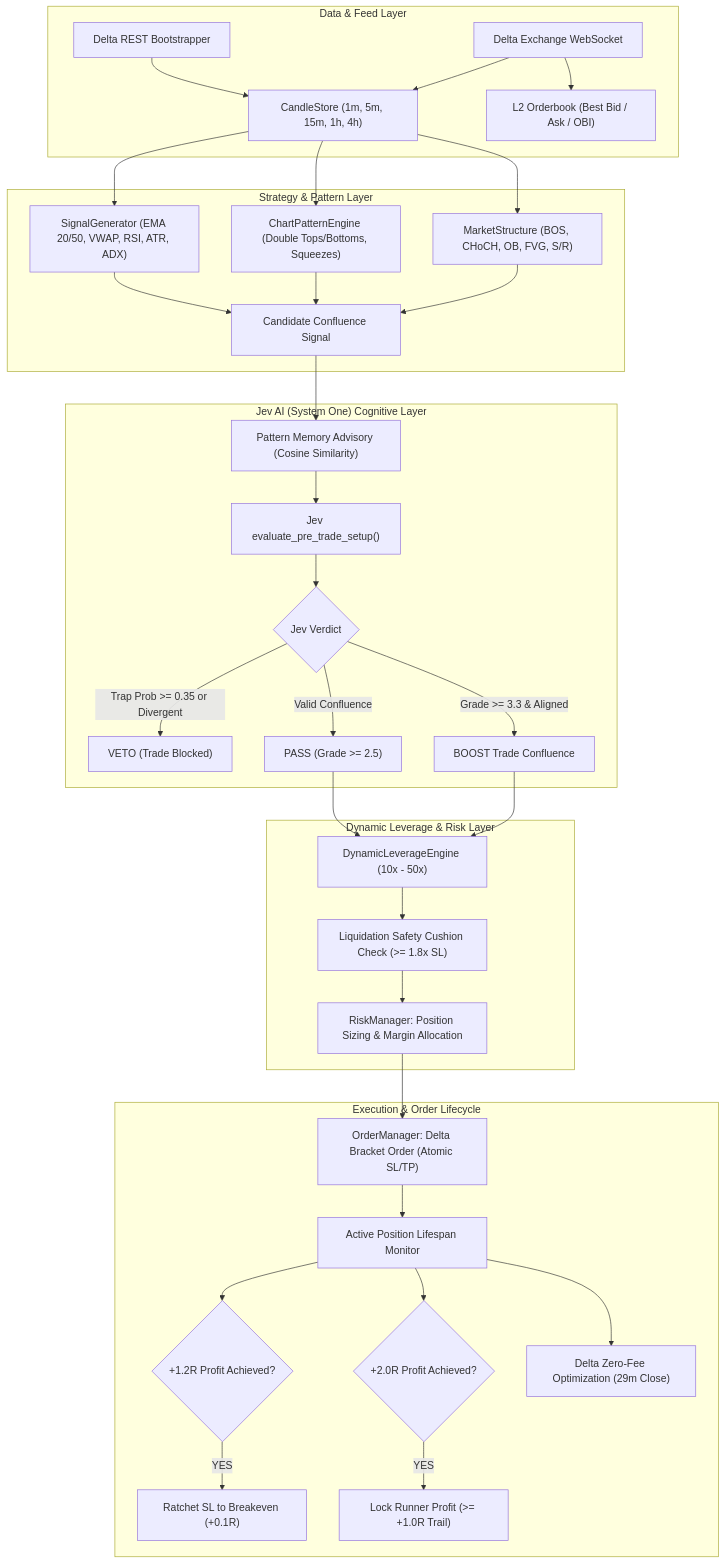
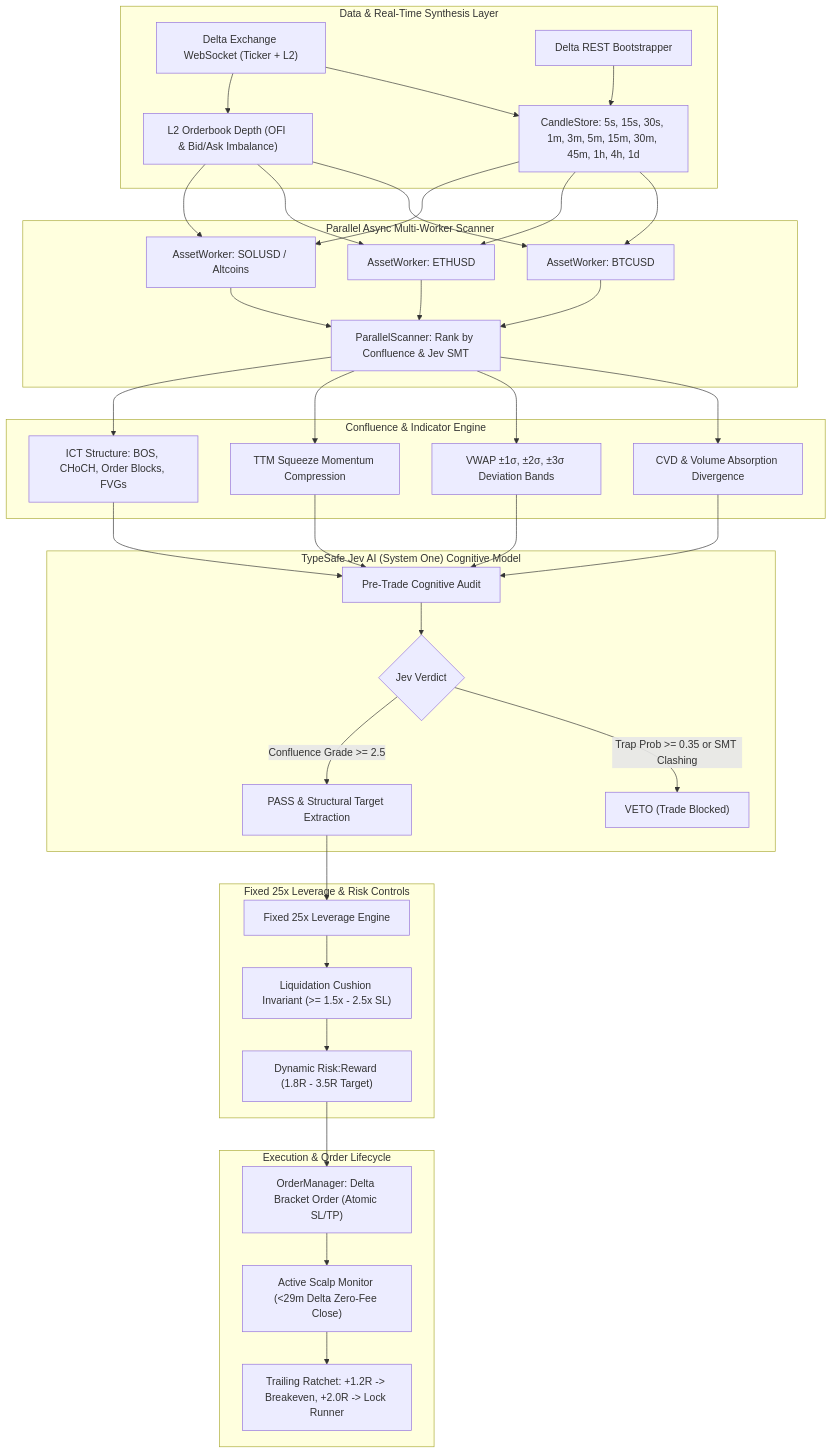
The diagram in README.md (adarshvermaa/trading_bot), drawn with Mermaid before and after one commit. The commit also changed other lines of this file and 15 other files, not shown here.

````diff
--- a/README.md
+++ b/README.md
@@ -62,40 +67,41 @@
 ```mermaid
 flowchart TD
-    subgraph DATA["Data & Feed Layer"]
-        A["Delta Exchange WebSocket"] --> B["CandleStore (1m, 5m, 15m, 1h, 4h)"]
-        A --> C["L2 Orderbook (Best Bid / Ask / OBI)"]
+    subgraph DATA["Data & Real-Time Synthesis Layer"]
+        A["Delta Exchange WebSocket (Ticker + L2)"] --> B["CandleStore: 5s, 15s, 30s, 1m, 3m, 5m, 15m, 30m, 45m, 1h, 4h, 1d"]
+        A --> C["L2 Orderbook Depth (OFI & Bid/Ask Imbalance)"]
         D["Delta REST Bootstrapper"] --> B
     end
 
-    subgraph TA["Strategy & Pattern Layer"]
-        B --> E["MarketStructure (BOS, CHoCH, OB, FVG, S/R)"]
-        B --> F["ChartPatternEngine (Double Tops/Bottoms, Squeezes)"]
-        B --> G["SignalGenerator (EMA 20/50, VWAP, RSI, ATR, ADX)"]
-        E & F & G --> H["Candidate Confluence Signal"]
+    subgraph PARALLEL["Parallel Async Multi-Worker Scanner"]
+        B & C --> E1["AssetWorker: BTCUSD"]
+        B & C --> E2["AssetWorker: ETHUSD"]
+        B & C --> E3["AssetWorker: SOLUSD / Altcoins"]
+        E1 & E2 & E3 --> F["ParallelScanner: Rank by Confluence & Jev SMT"]
     end
 
-    subgraph JEV["Jev AI (System One) Cognitive Layer"]
-        H --> I["Pattern Memory Advisory (Cosine Similarity)"]
-        I --> J["Jev evaluate_pre_trade_setup()"]
-        J --> K{"Jev Verdict"}
-        K -- "Trap Prob >= 0.35 or Divergent" --> L["VETO (Trade Blocked)"]
-        K -- "Grade >= 3.3 & Aligned" --> M["BOOST Trade Confluence"]
-        K -- "Valid Confluence" --> N["PASS (Grade >= 2.5)"]
+    subgraph TA["Confluence & Indicator Engine"]
+        F --> G1["CVD & Volume Absorption Divergence"]
+        F --> G2["VWAP ±1σ, ±2σ, ±3σ Deviation Bands"]
+        F --> G3["TTM Squeeze Momentum Compression"]
+        F --> G4["ICT Structure: BOS, CHoCH, Order Blocks, FVGs"]
     end
 
-    subgraph RISK["Dynamic Leverage & Risk Layer"]
-        M & N --> O["DynamicLeverageEngine (10x - 50x)"]
-        O --> P["Liquidation Safety Cushion Check (>= 1.8x SL)"]
-        P --> Q["RiskManager: Position Sizing & Margin Allocation"]
+    subgraph JEV["TypeSafe Jev AI (System One) Cognitive Model"]
+        G1 & G2 & G3 & G4 --> H["Pre-Trade Cognitive Audit"]
+        H --> I{"Jev Verdict"}
+        I -- "Trap Prob >= 0.35 or SMT Clashing" --> J["VETO (Trade Blocked)"]
+        I -- "Confluence Grade >= 2.5" --> K["PASS & Structural Target Extraction"]
+    end
+
+    subgraph RISK["Fixed 25x Leverage & Risk Controls"]
+        K --> L["Fixed 25x Leverage Engine"]
+        L --> M["Liquidation Cushion Invariant (>= 1.5x - 2.5x SL)"]
+        M --> N["Dynamic Risk:Reward (1.8R - 3.5R Target)"]
     end
 
     subgraph EXEC["Execution & Order Lifecycle"]
-        Q --> R["OrderManager: Delta Bracket Order (Atomic SL/TP)"]
-        R --> S["Active Position Lifespan Monitor"]
-        S --> T{"+1.2R Profit Achieved?"}
-        T -- "YES" --> U["Ratchet SL to Breakeven (+0.1R)"]
-        S --> V{"+2.0R Profit Achieved?"}
-        V -- "YES" --> W["Lock Runner Profit (>= +1.0R Trail)"]
-        S --> X["Delta Zero-Fee Optimization (29m Close)"]
+        N --> O["OrderManager: Delta Bracket Order (Atomic SL/TP)"]
+        O --> P["Active Scalp Monitor (<29m Delta Zero-Fee Close)"]
+        P --> Q["Trailing Ratchet: +1.2R -> Breakeven, +2.0R -> Lock Runner"]
     end
 ```
````
